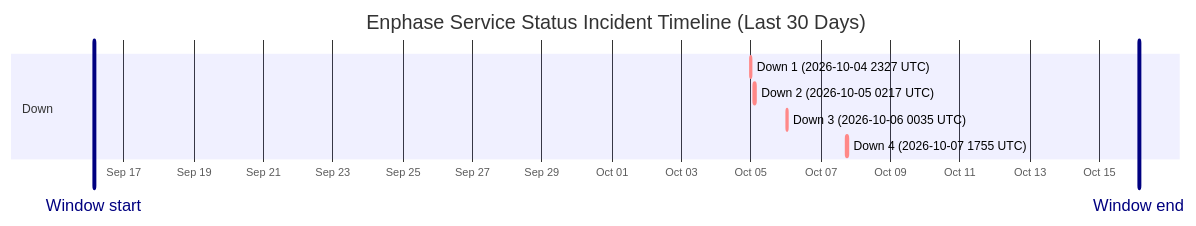
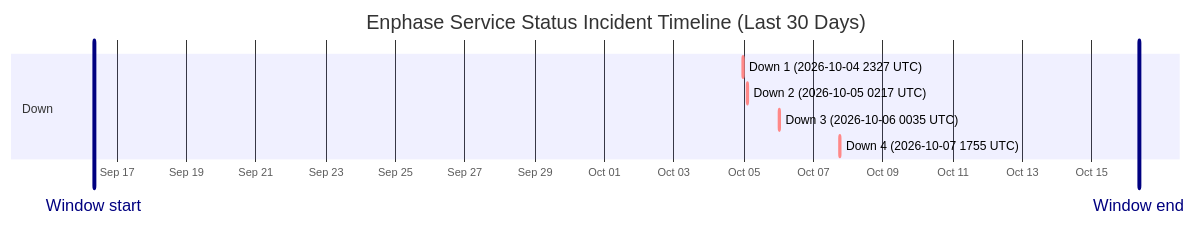
The diagram in wiki/Service-Status-History.md (barneyonline/ha-enphase-energy), drawn with Mermaid before and after one commit. The commit also changed other lines of this file and 3 other files, not shown here.

````diff
--- a/wiki/Service-Status-History.md
+++ b/wiki/Service-Status-History.md
@@ -14,13 +14,13 @@
 ```mermaid
 gantt
     title Enphase Service Status Incident Timeline (Last 30 Days)
     dateFormat  YYYY-MM-DDTHH:mm:ss
     axisFormat  %b %d
-    Window start :vert, window-start, 2026-09-16T03:13:06, 0ms
-    Window end :vert, window-end, 2026-10-16T03:13:06, 0ms
+    Window start :vert, window-start, 2026-09-16T08:23:27, 0ms
+    Window end :vert, window-end, 2026-10-16T08:23:27, 0ms
     section Down
     Down 1 (2026-10-04 2327 UTC) :crit, down-1, 2026-10-04T23:27:34, 60m
     Down 2 (2026-10-05 0217 UTC) :crit, down-2, 2026-10-05T02:17:30, 60m
     Down 3 (2026-10-06 0035 UTC) :crit, down-3, 2026-10-06T00:35:21, 60m
     Down 4 (2026-10-07 1755 UTC) :crit, down-4, 2026-10-07T17:55:16, 60m
 ```
````
